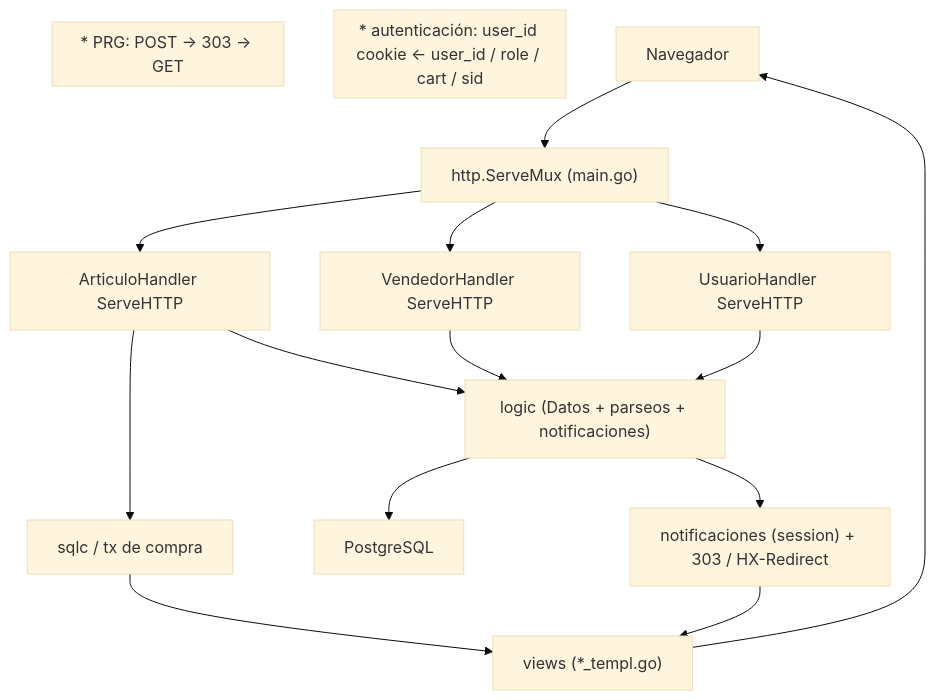
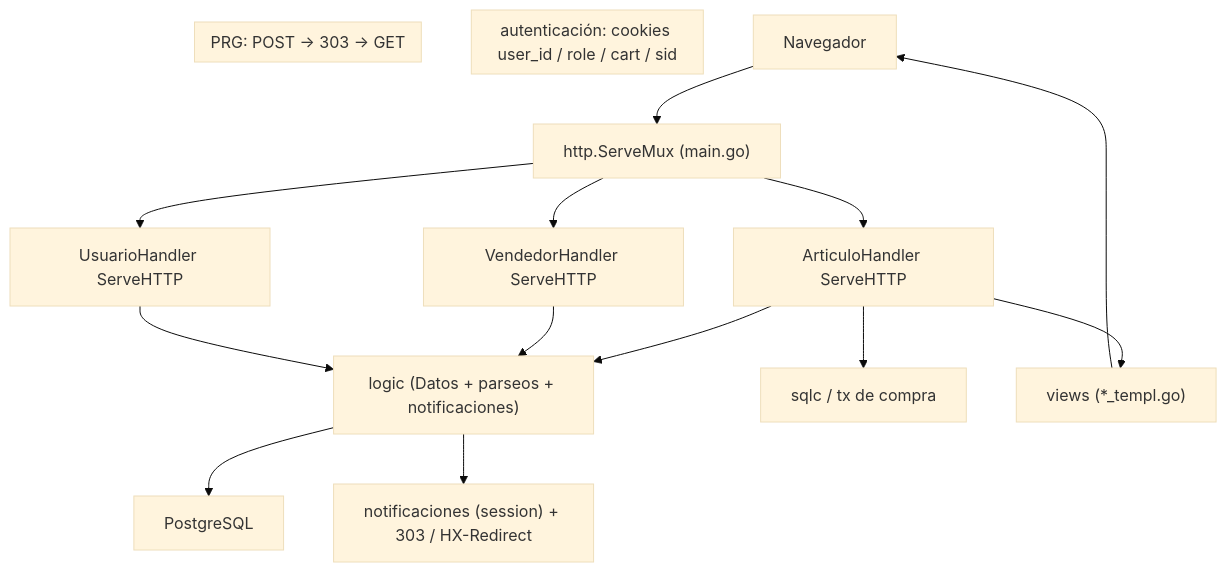
One commit to az-juan/tan-bit changed the third of 6 diagrams in docs/arquitectura.md. Above: the diagram before and after it, drawn with Mermaid (base theme). The commit also changed other lines of this file and 5 other files, not shown here.

````diff
--- a/docs/arquitectura.md
+++ b/docs/arquitectura.md
@@ -574,33 +574,32 @@
 ```mermaid
 flowchart TB
     client["Navegador"]
     mux["http.ServeMux (main.go)"]
     arth["ArticuloHandler ServeHTTP"]
     vendh["VendedorHandler ServeHTTP"]
     usuh["UsuarioHandler ServeHTTP"]
     logic["logic (Datos + parseos + notificaciones)"]
     sqlc["sqlc / tx de compra"]
     pg["PostgreSQL"]
     templ["views (*_templ.go)"]
     notif["notificaciones (session) + 303 / HX-Redirect"]
 
     client --> mux
     mux --> arth
     mux --> vendh
     mux --> usuh
 
     arth --> logic
     arth --> sqlc
     vendh --> logic
     usuh --> logic
     logic --> pg
     logic --> notif
-    sqlc --> templ
-    notif --> templ
+    arth --> templ
     templ --> client
 
-    subgraph Auth["* autenticación: user_id cookie ← user_id / role / cart / sid"]
+    subgraph Auth["autenticación: cookies user_id / role / cart / sid"]
     end
-    subgraph PRG["* PRG: POST → 303 → GET"]
+    subgraph PRG["PRG: POST → 303 → GET"]
     end
 ```
````
